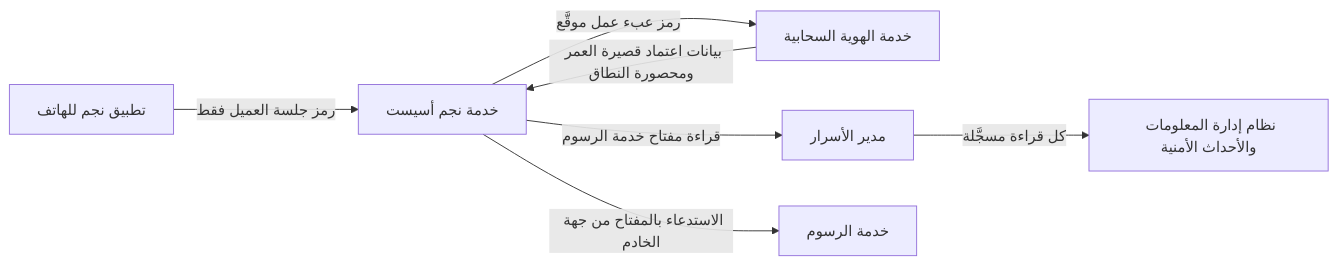
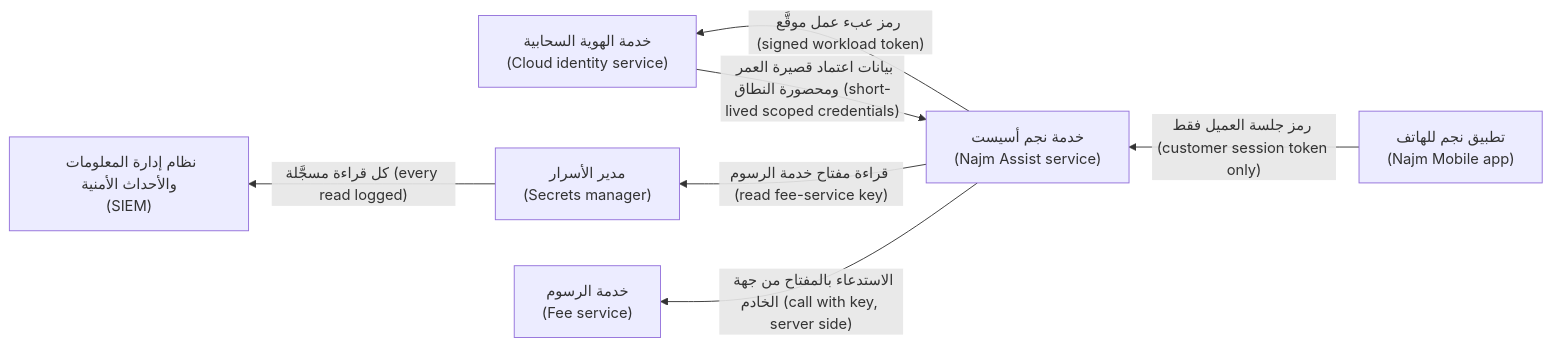
Before and after one commit to Tamoura/system-design-for-vibe-coders: the second of 3 diagrams in secai/modules/05-data-crypto.ar.md, drawn with Mermaid. The commit also changed other lines of this file and 11 other files, not shown here.

First line of the commit message:
Security course: Arabic modules 10–11 reviewed; RTL diagrams with English labels for modules 0–11

````diff
--- a/secai/modules/05-data-crypto.ar.md
+++ b/secai/modules/05-data-crypto.ar.md
@@ -352,9 +352,9 @@
 ```mermaid
-flowchart LR
-    U["تطبيق نجم للهاتف"] -->|"رمز جلسة العميل فقط"| P["خدمة نجم أسيست"]
-    P -->|"رمز عبء عمل موقَّع"| I["خدمة الهوية السحابية"]
-    I -->|"بيانات اعتماد قصيرة العمر ومحصورة النطاق"| P
-    P -->|"قراءة مفتاح خدمة الرسوم"| V["مدير الأسرار"]
-    V -->|"كل قراءة مسجَّلة"| L["نظام إدارة المعلومات والأحداث الأمنية"]
-    P -->|"الاستدعاء بالمفتاح من جهة الخادم"| F["خدمة الرسوم"]
+flowchart RL
+    U["تطبيق نجم للهاتف<br/>(Najm Mobile app)"] -->|"رمز جلسة العميل فقط (customer session token only)"| P["خدمة نجم أسيست<br/>(Najm Assist service)"]
+    P -->|"رمز عبء عمل موقَّع (signed workload token)"| I["خدمة الهوية السحابية<br/>(Cloud identity service)"]
+    I -->|"بيانات اعتماد قصيرة العمر ومحصورة النطاق (short-lived scoped credentials)"| P
+    P -->|"قراءة مفتاح خدمة الرسوم (read fee-service key)"| V["مدير الأسرار<br/>(Secrets manager)"]
+    V -->|"كل قراءة مسجَّلة (every read logged)"| L["نظام إدارة المعلومات والأحداث الأمنية<br/>(SIEM)"]
+    P -->|"الاستدعاء بالمفتاح من جهة الخادم (call with key, server side)"| F["خدمة الرسوم<br/>(Fee service)"]
 ```
````
